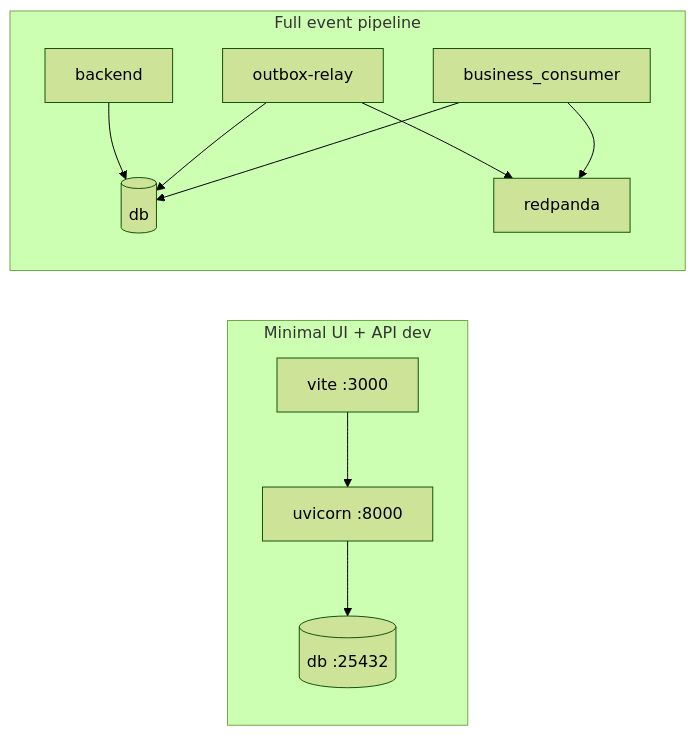
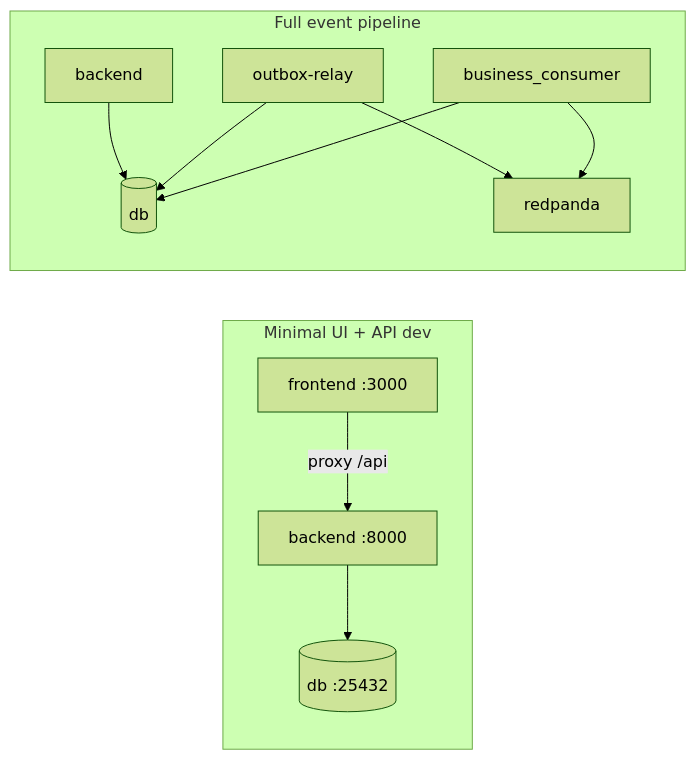
Diagram 13 of 13 in docs/reference/application-technical-flow.md (santoshnarayanan/AGRIFLOW-AI), drawn with Mermaid (forest theme) before and after one commit. The commit also changed other lines of this file and 1 other file, not shown here.

Commit message:
docs: align technical-flow and architecture diagrams with Phase 16

````diff
--- a/docs/reference/application-technical-flow.md
+++ b/docs/reference/application-technical-flow.md
@@ -379,22 +414,22 @@
 ```mermaid
 flowchart LR
   subgraph minimal["Minimal UI + API dev"]
     DB1[("db :25432")]
-    BE1["uvicorn :8000"]
-    FE1["vite :3000"]
-    FE1 --> BE1 --> DB1
+    BE1["backend :8000"]
+    FE1["frontend :3000"]
+    FE1 -->|proxy /api| BE1 --> DB1
   end
 
   subgraph full["Full event pipeline"]
     DB2[("db")]
     BE2["backend"]
     RP2["redpanda"]
     RL2["outbox-relay"]
     BC2["business_consumer"]
     BE2 --> DB2
     RL2 --> DB2
     RL2 --> RP2
     BC2 --> RP2
     BC2 --> DB2
   end
 ```
````
